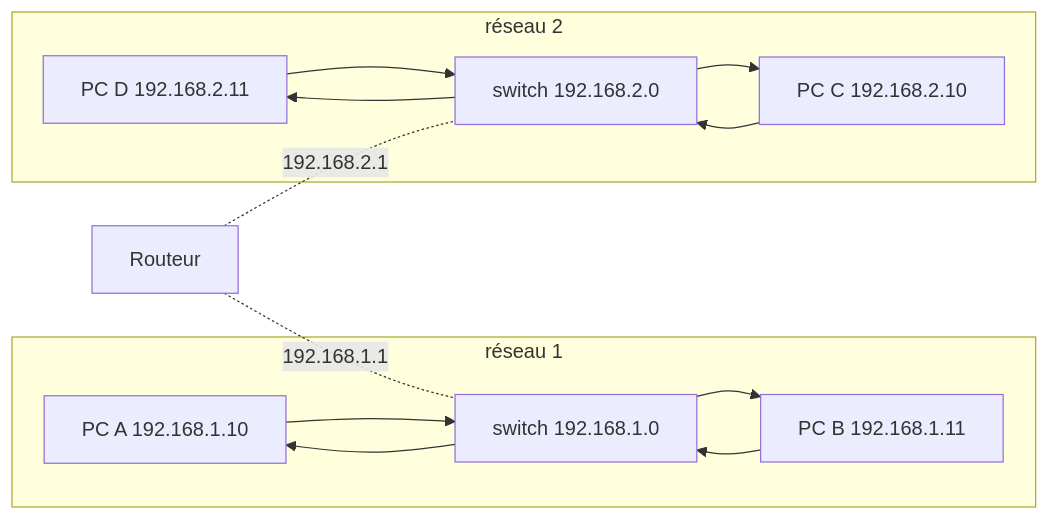
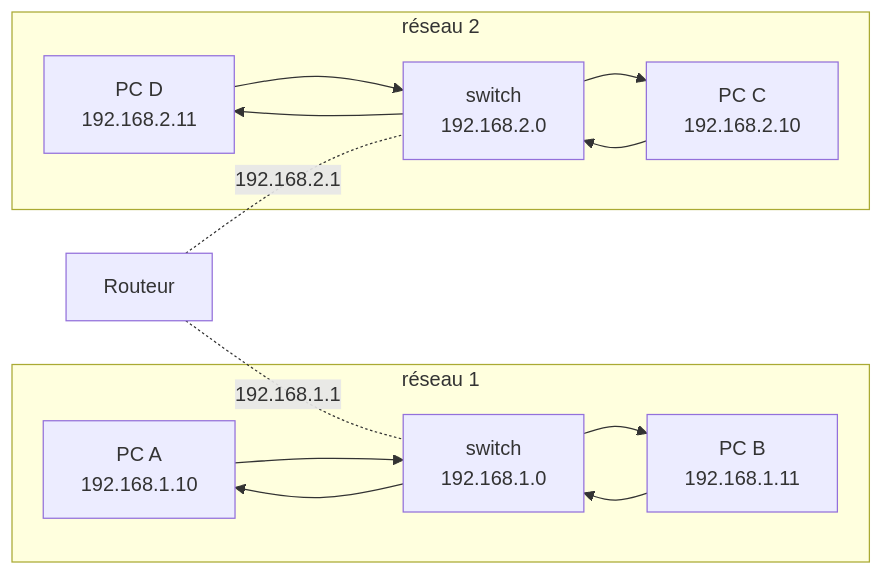
One commit to module-formation/formation-Deep-MLOps changed the eighth of 13 diagrams in docs/devops/network.md. Above: the diagram before and after it, drawn with Mermaid. The commit also changed other lines of this file, not shown here.

````diff
--- a/docs/devops/network.md
+++ b/docs/devops/network.md
@@ -180,19 +182,19 @@
 ``` mermaid
 graph LR
   subgraph réseau 1
-  A[PC A 192.168.1.10] --> C[switch];
-  B[PC B 192.168.1.11] --> C[switch];
-  C[switch 192.168.1.0] --> B[PC B 192.168.1.11];
-  C[switch 192.168.1.0] --> A[PC A 192.168.1.10];
+  A[PC A <br/> 192.168.1.10] --> C[switch <br/> 192.168.1.0];
+  B[PC B <br/> 192.168.1.11] --> C[switch <br/> 192.168.1.0];
+  C[switch <br/> 192.168.1.0] --> B[PC B <br/> 192.168.1.11];
+  C[switch <br/> 192.168.1.0] --> A[PC A <br/> 192.168.1.10];
   end
 
   subgraph réseau 2
-  D[PC C 192.168.2.10] --> E[switch];
-  F[PC D 192.168.2.11] --> E[switch];
-  E[switch 192.168.2.0] --> D[PC D 192.168.2.11];
-  E[switch 192.168.2.0] --> F[PC C 192.168.2.10];
+  D[PC C <br/> 192.168.2.10] --> E[switch <br/> 192.168.2.0];
+  F[PC D <br/> 192.168.2.11] --> E[switch <br/> 192.168.2.0];
+  E[switch <br/> 192.168.2.0] --> D[PC D <br/> 192.168.2.11];
+  E[switch <br/> 192.168.2.0] --> F[PC C <br/> 192.168.2.10];
   end
 
-  G[Routeur]-.-|192.168.1.1|C[switch 192.168.1.0];
-  G[Routeur]-.-|192.168.2.1|E[switch 192.168.2.0];
+  G[Routeur]-.-|192.168.1.1|C[switch <br/> 192.168.1.0];
+  G[Routeur]-.-|192.168.2.1|E[switch <br/> 192.168.2.0];
 ```
````
